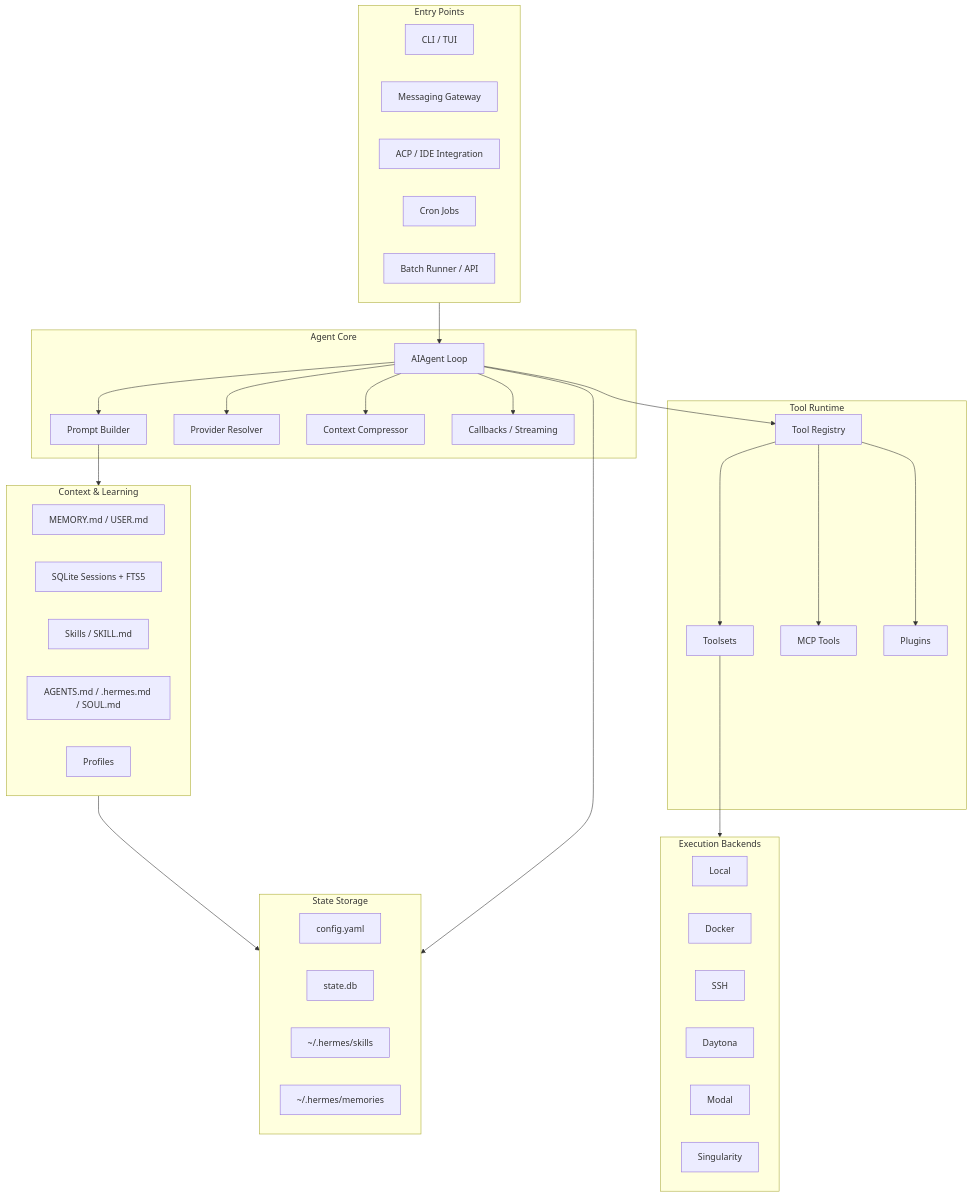
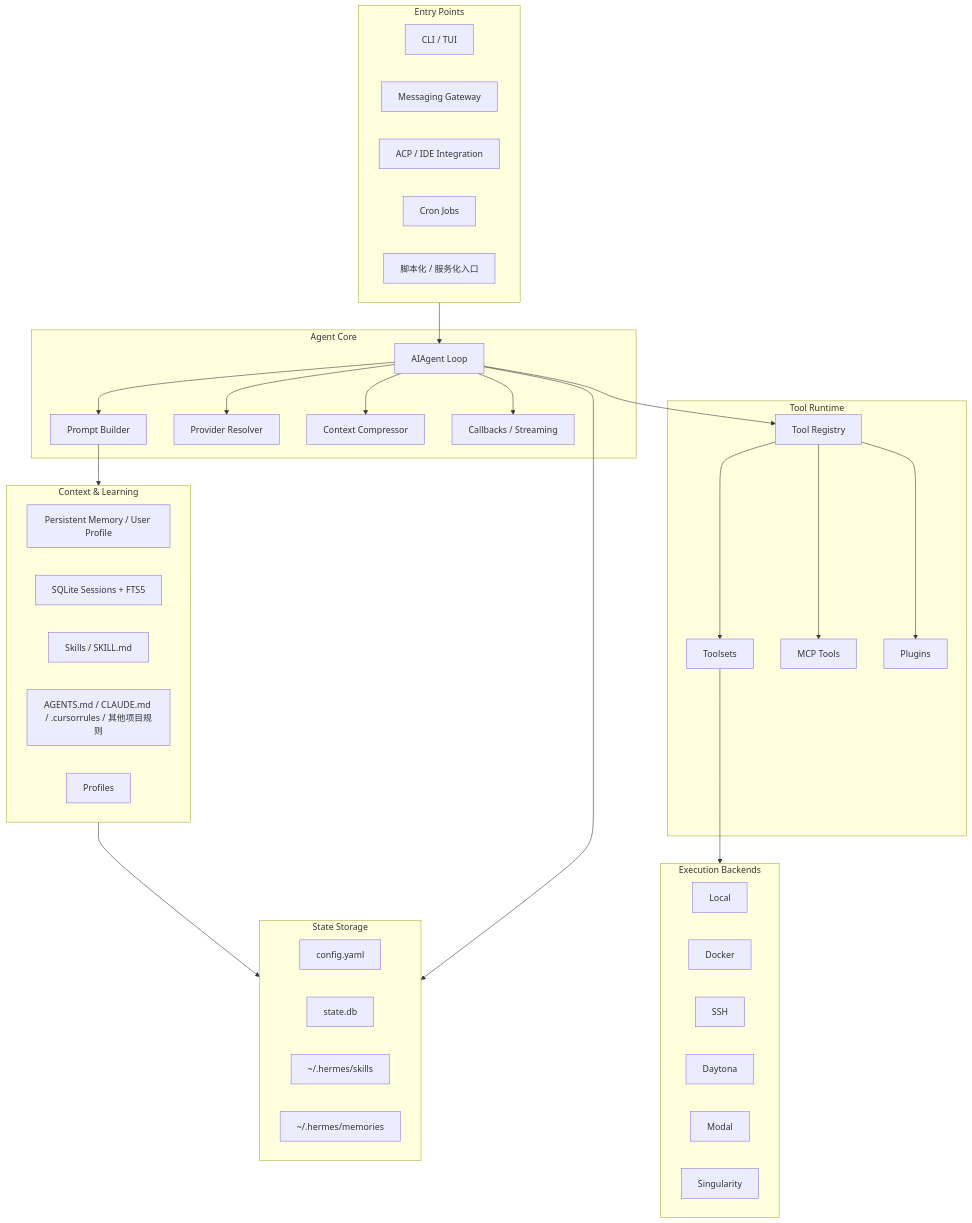
One commit to wxquare/wxquare.github.io changed the second of 7 diagrams in books/ai-book/src/part3/05-hermes-agent-architecture.md. Above: the diagram before and after it, drawn with Mermaid. The commit also changed other lines of this file and 31 other files, not shown here.

````diff
--- a/books/ai-book/src/part3/05-hermes-agent-architecture.md
+++ b/books/ai-book/src/part3/05-hermes-agent-architecture.md
@@ -81,63 +150,63 @@
 ```mermaid
 flowchart TB
     subgraph Entry["Entry Points"]
         CLI["CLI / TUI"]
         Gateway["Messaging Gateway"]
         ACP["ACP / IDE Integration"]
         Cron["Cron Jobs"]
-        Batch["Batch Runner / API"]
+        Batch["脚本化 / 服务化入口"]
     end
 
     subgraph Core["Agent Core"]
         Agent["AIAgent Loop"]
         Prompt["Prompt Builder"]
         Provider["Provider Resolver"]
         Compressor["Context Compressor"]
         Callbacks["Callbacks / Streaming"]
     end
 
     subgraph Context["Context & Learning"]
-        Memory["MEMORY.md / USER.md"]
+        Memory["Persistent Memory / User Profile"]
         Sessions["SQLite Sessions + FTS5"]
         Skills["Skills / SKILL.md"]
-        ContextFiles["AGENTS.md / .hermes.md / SOUL.md"]
+        ContextFiles["AGENTS.md / CLAUDE.md / .cursorrules / 其他项目规则"]
         Profiles["Profiles"]
     end
 
     subgraph Tools["Tool Runtime"]
         Registry["Tool Registry"]
         Toolsets["Toolsets"]
         MCP["MCP Tools"]
         Plugins["Plugins"]
     end
 
     subgraph Execution["Execution Backends"]
         Local["Local"]
         Docker["Docker"]
         SSH["SSH"]
         Daytona["Daytona"]
         Modal["Modal"]
         Singularity["Singularity"]
     end
 
     subgraph Storage["State Storage"]
         Config["config.yaml"]
         StateDB["state.db"]
         SkillStore["~/.hermes/skills"]
         MemoryStore["~/.hermes/memories"]
     end
 
     Entry --> Agent
     Agent --> Prompt
     Prompt --> Context
     Agent --> Provider
     Agent --> Registry
     Registry --> Toolsets
     Registry --> MCP
     Registry --> Plugins
     Toolsets --> Execution
     Agent --> Compressor
     Agent --> Callbacks
     Context --> Storage
     Agent --> Storage
 ```
````
